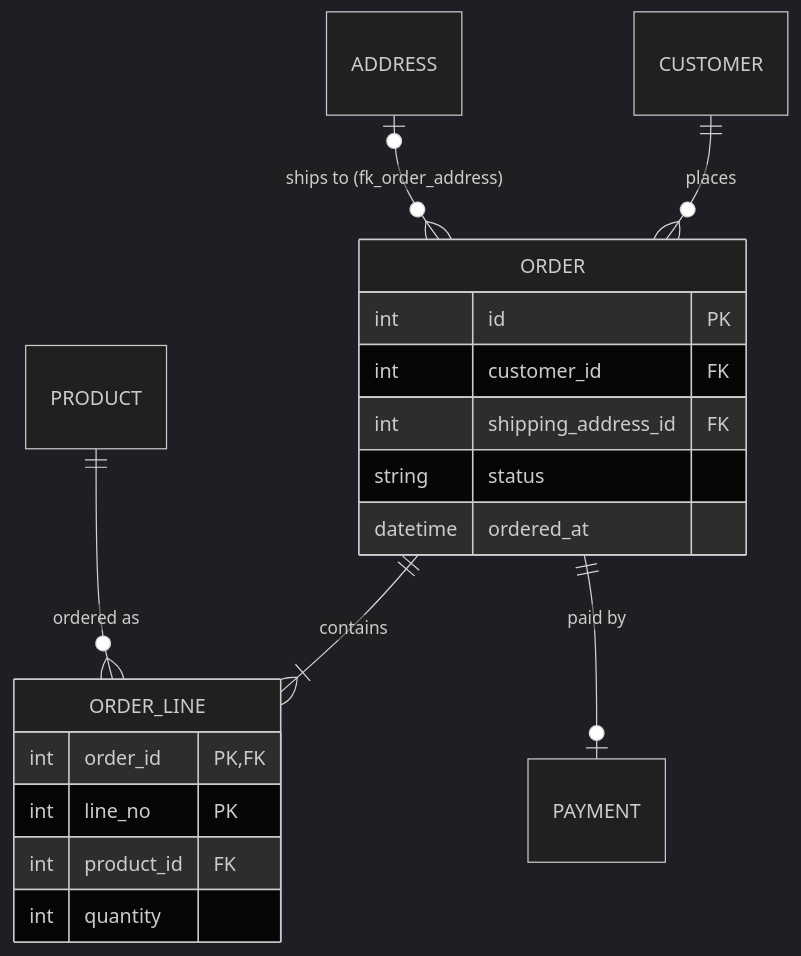
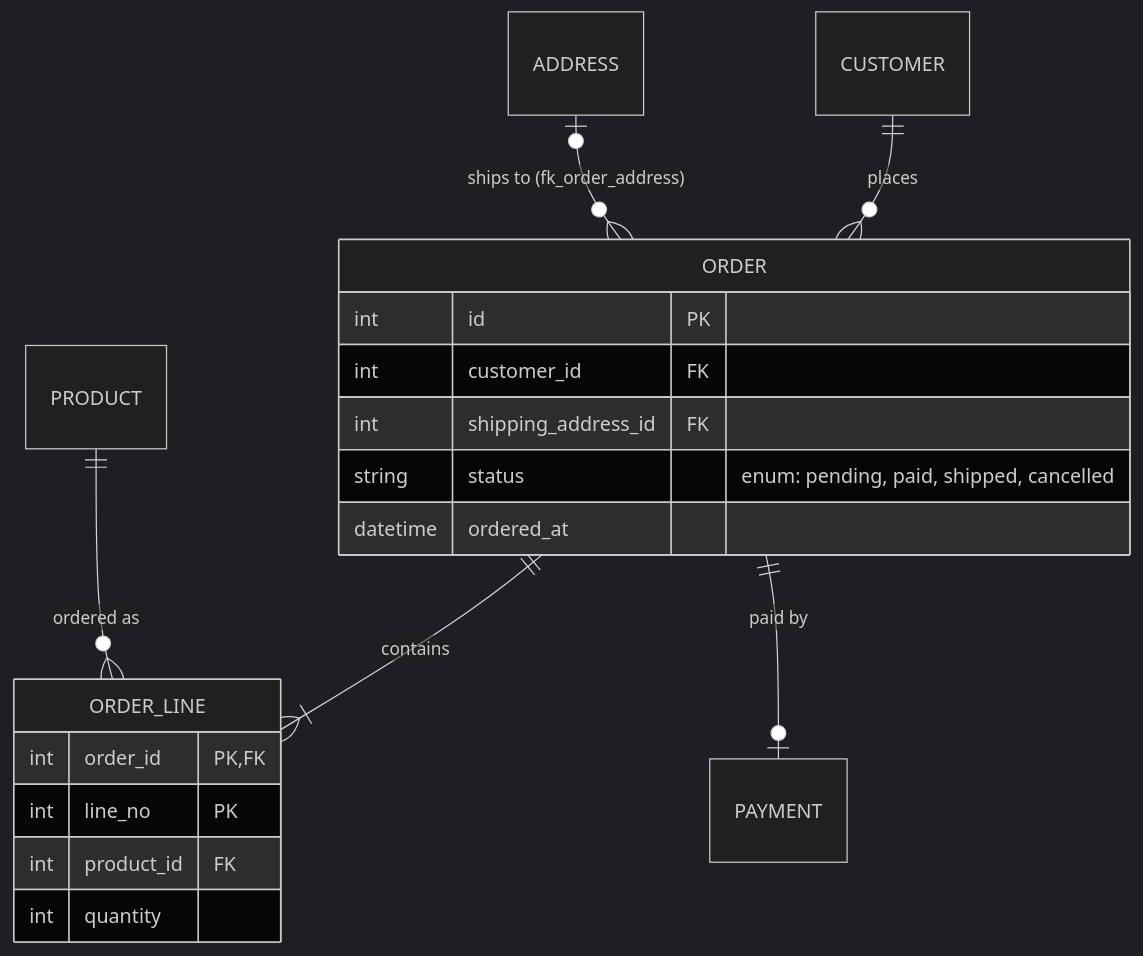
The diagram in examples/diagrams/orders.mmd (ikisuke/er-tools), drawn with Mermaid (dark theme) before and after one commit. The commit also changed 3 other files, not shown here.

```diff
--- a/examples/diagrams/orders.mmd
+++ b/examples/diagrams/orders.mmd
@@ -1,21 +1,21 @@
 %% 注文グループ: 注文と明細
 %% PAYMENT はどのグループでも定義されていない（リンクにならない例）
 erDiagram
     ORDER {
         int id PK
         int customer_id FK
         int shipping_address_id FK
-        string status
+        string status "enum: pending, paid, shipped, cancelled"
         datetime ordered_at
     }
     ORDER_LINE {
         int order_id PK, FK
         int line_no PK
         int product_id FK
         int quantity
     }
     CUSTOMER ||--o{ ORDER : "places"
     ORDER ||--|{ ORDER_LINE : "contains"
     PRODUCT ||--o{ ORDER_LINE : "ordered as"
     ADDRESS |o--o{ ORDER : "ships to (fk_order_address)"
     ORDER ||--o| PAYMENT : "paid by"
```
